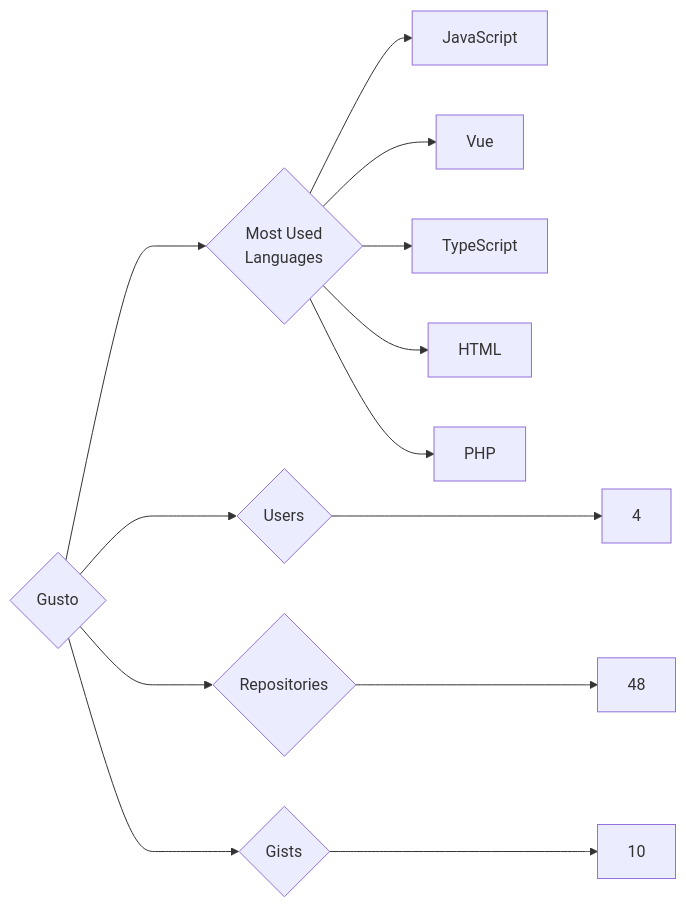
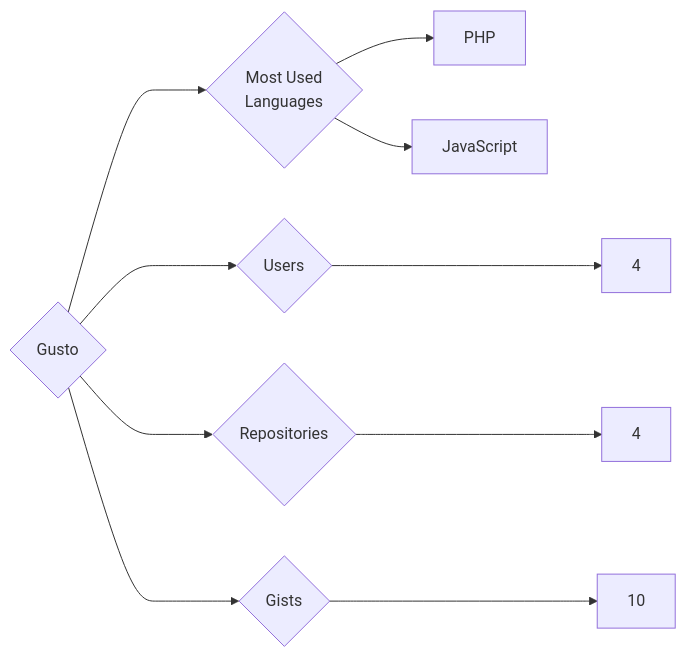
Before and after one commit to trickest/insiders: the diagram in targets/Gusto/README.md, drawn with Mermaid. The commit also changed 985 other files, not shown here.

````diff
--- a/targets/Gusto/README.md
+++ b/targets/Gusto/README.md
@@ -3,13 +3,10 @@
 ```mermaid
 graph LR
 COMPANY_NAME{Gusto}
 COMPANY_NAME ---> U{Users} ---> UN[4]
-COMPANY_NAME ---> R{Repositories} ---> RN[48]
+COMPANY_NAME ---> R{Repositories} ---> RN[4]
 COMPANY_NAME ---> G{Gists} ---> GN[10]
 COMPANY_NAME ---> ML{Most Used<br>Languages}
+ML --> PHP[PHP]
 ML --> JavaScript[JavaScript]
-ML --> Vue[Vue]
-ML --> TypeScript[TypeScript]
-ML --> HTML[HTML]
-ML --> PHP[PHP]
 ```
````
